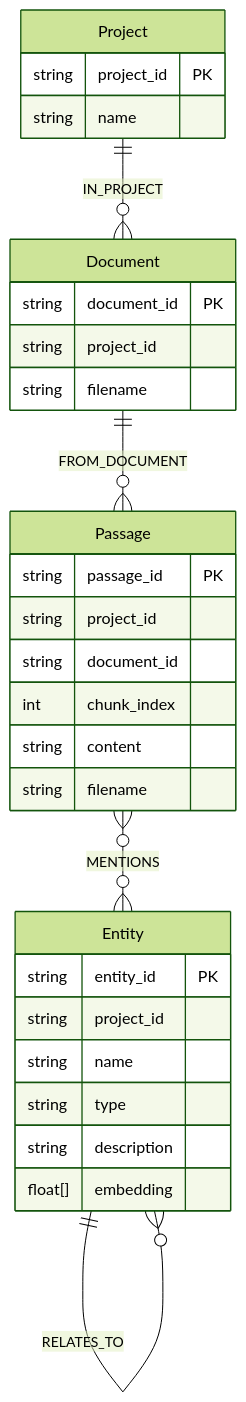
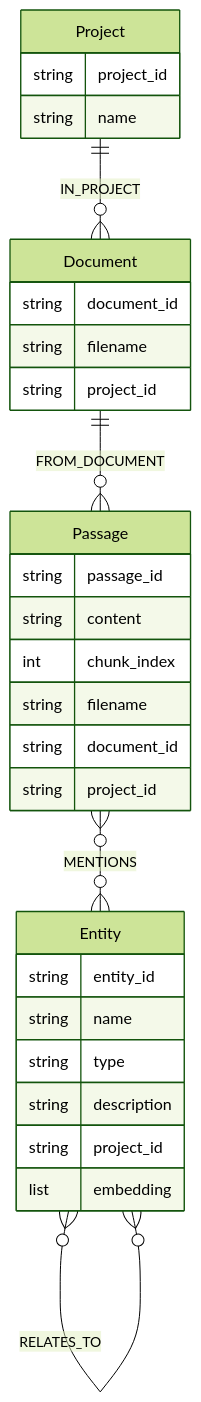
One commit to SKT27182/FlexSearch changed the first of 5 diagrams in backend/docs/neo4j-graph-rag/README.md. Above: the diagram before and after it, drawn with Mermaid (forest theme). The commit also changed other lines of this file and 165 other files, not shown here.

````diff
--- a/backend/docs/neo4j-graph-rag/README.md
+++ b/backend/docs/neo4j-graph-rag/README.md
@@ -260,33 +524,32 @@
 ```mermaid
 erDiagram
-    Project ||--o{ Document : "IN_PROJECT"
-    Document ||--o{ Passage : "FROM_DOCUMENT"
-    Passage }o--o{ Entity : "MENTIONS"
-    Entity ||--o{ Entity : "RELATES_TO"
-
-    Project {
-        string project_id PK
-        string name
-    }
-    Document {
-        string document_id PK
-        string project_id
-        string filename
-    }
-    Passage {
-        string passage_id PK
-        string project_id
-        string document_id
-        int chunk_index
-        string content
-        string filename
-    }
-    Entity {
-        string entity_id PK
-        string project_id
-        string name
-        string type
-        string description
-        float[] embedding
-    }
+  Project ||--o{ Document : IN_PROJECT
+  Document ||--o{ Passage : FROM_DOCUMENT
+  Passage }o--o{ Entity : MENTIONS
+  Entity }o--o{ Entity : RELATES_TO
+  Project {
+    string project_id
+    string name
+  }
+  Document {
+    string document_id
+    string filename
+    string project_id
+  }
+  Passage {
+    string passage_id
+    string content
+    int chunk_index
+    string filename
+    string document_id
+    string project_id
+  }
+  Entity {
+    string entity_id
+    string name
+    string type
+    string description
+    string project_id
+    list embedding
+  }
 ```
````
